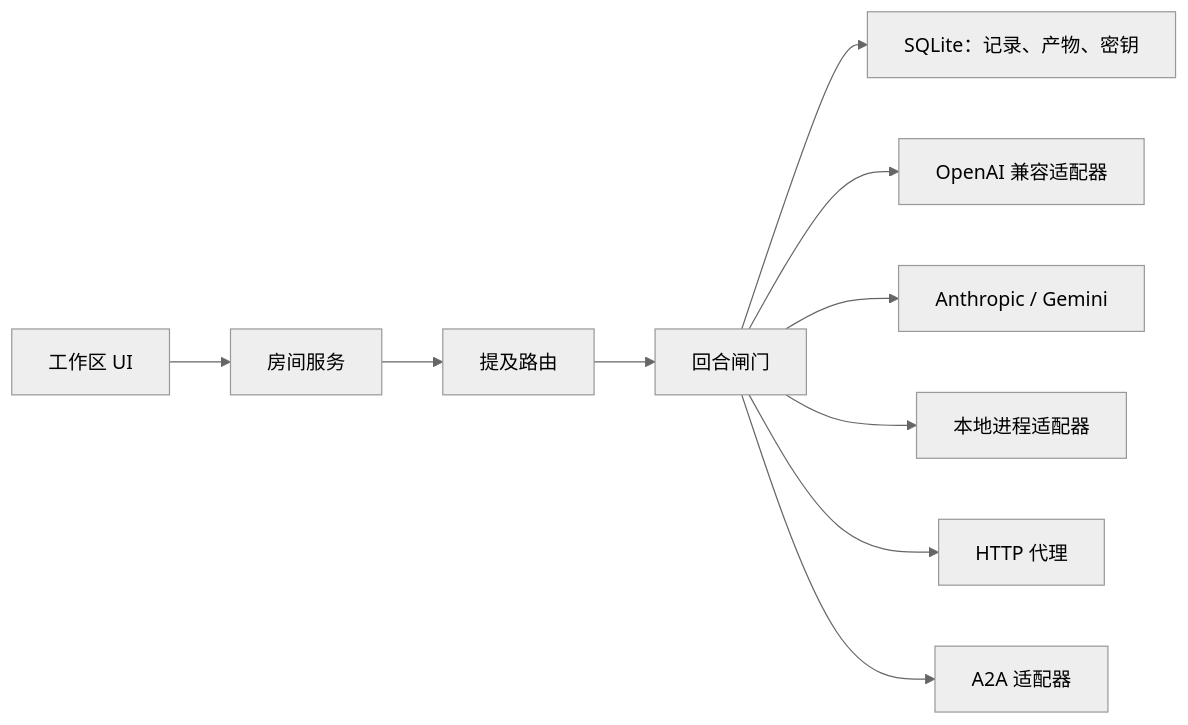
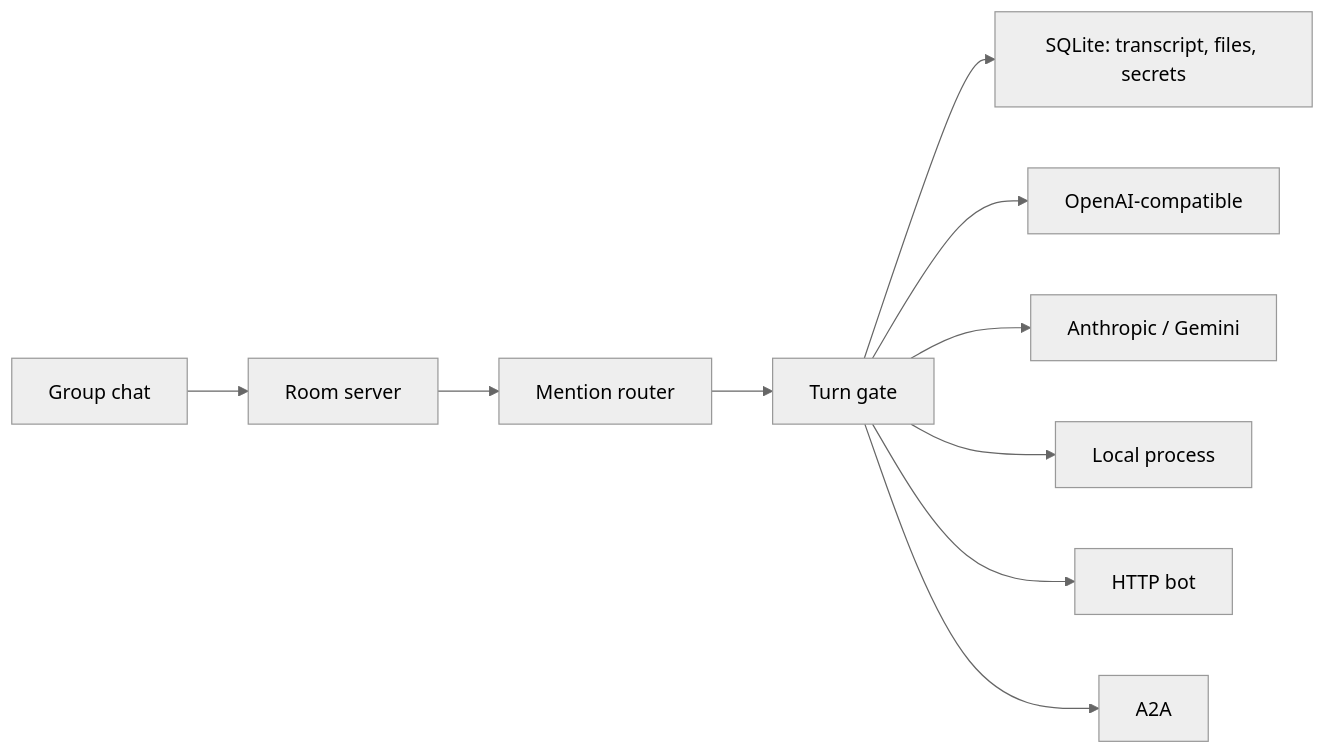
Before and after one commit to wugang12138/mention-workspace: the first of 2 diagrams in docs/architecture.md, drawn with Mermaid (neutral theme). The commit also changed other lines of this file and 5 other files, not shown here.

First line of the commit message:
docs: describe the partial demo and the group chat

````diff
--- a/docs/architecture.md
+++ b/docs/architecture.md
@@ -74,17 +72,17 @@
 ```mermaid
 flowchart LR
-  UI["工作区 UI"]
-  Room["房间服务"]
-  Router["提及路由"]
-  Gate["回合闸门"]
-  Store["SQLite：记录、产物、密钥"]
+  UI["Group chat"]
+  Room["Room server"]
+  Router["Mention router"]
+  Gate["Turn gate"]
+  Store["SQLite: transcript, files, secrets"]
   UI --> Room
   Room --> Router
   Router --> Gate
   Gate --> Store
-  Gate --> OpenAI["OpenAI 兼容适配器"]
+  Gate --> OpenAI["OpenAI-compatible"]
   Gate --> Native["Anthropic / Gemini"]
-  Gate --> Proc["本地进程适配器"]
-  Gate --> HTTP["HTTP 代理"]
-  Gate --> A2A["A2A 适配器"]
+  Gate --> Proc["Local process"]
+  Gate --> HTTP["HTTP bot"]
+  Gate --> A2A["A2A"]
 ```
````
